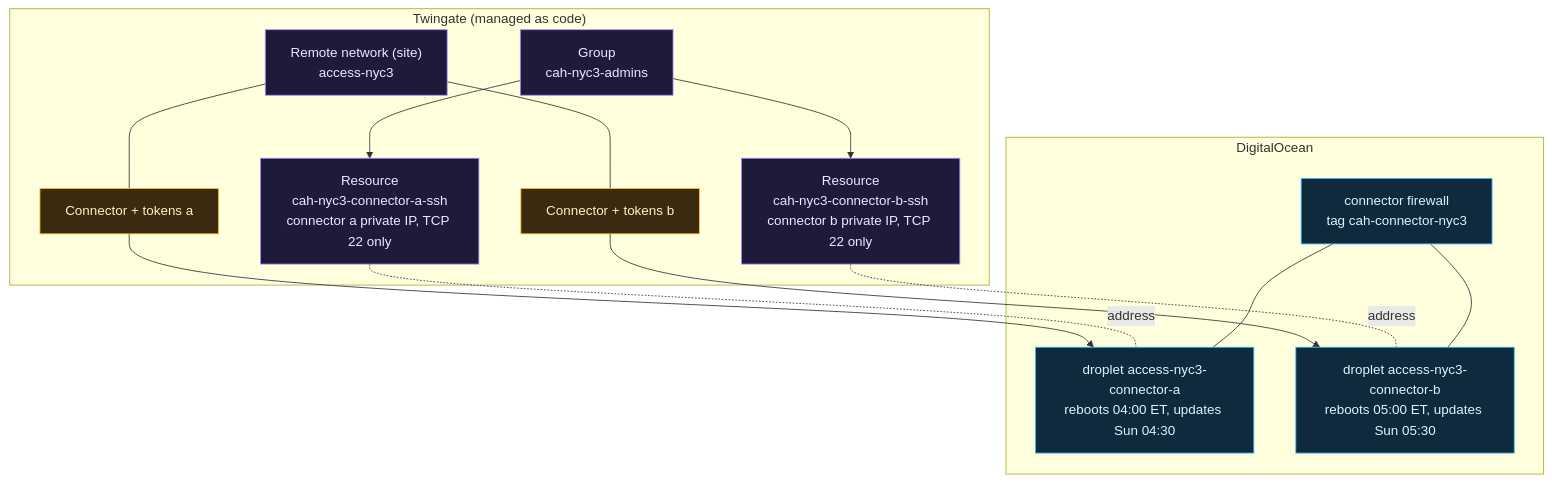
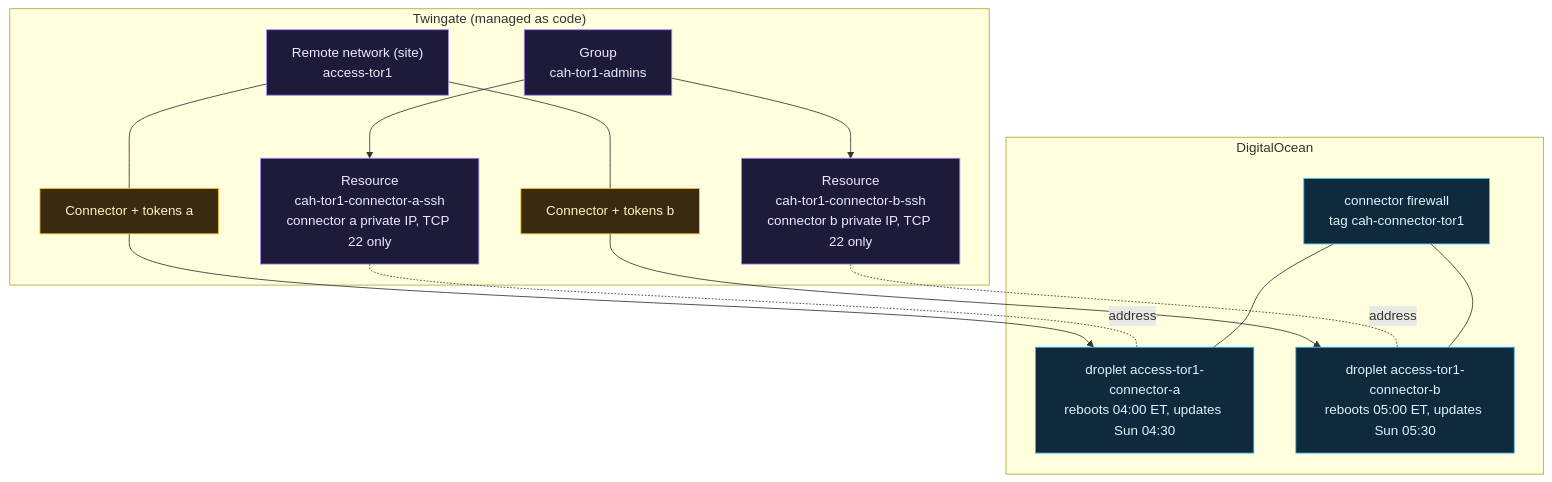
The diagram in docs/wiki/Twingate.md (ChiefGyk3D/Clouds-Against-Humanity), drawn with Mermaid before and after one commit. The commit also changed other lines of this file and 13 other files, not shown here.

````diff
--- a/docs/wiki/Twingate.md
+++ b/docs/wiki/Twingate.md
@@ -18,28 +18,28 @@
 ```mermaid
 flowchart TB
     subgraph tg["Twingate (managed as code)"]
-        site["Remote network (site)<br/>access-nyc3"]:::ctrl
-        grp["Group<br/>cah-nyc3-admins"]:::ctrl
-        ra["Resource<br/>cah-nyc3-connector-a-ssh<br/>connector a private IP, TCP 22 only"]:::ctrl
-        rb["Resource<br/>cah-nyc3-connector-b-ssh<br/>connector b private IP, TCP 22 only"]:::ctrl
+        site["Remote network (site)<br/>access-tor1"]:::ctrl
+        grp["Group<br/>cah-tor1-admins"]:::ctrl
+        ra["Resource<br/>cah-tor1-connector-a-ssh<br/>connector a private IP, TCP 22 only"]:::ctrl
+        rb["Resource<br/>cah-tor1-connector-b-ssh<br/>connector b private IP, TCP 22 only"]:::ctrl
         tka["Connector + tokens a"]:::secret
         tkb["Connector + tokens b"]:::secret
     end
     subgraph doside["DigitalOcean"]
-        da["droplet access-nyc3-connector-a<br/>reboots 04:00 ET, updates Sun 04:30"]:::cloud
-        db["droplet access-nyc3-connector-b<br/>reboots 05:00 ET, updates Sun 05:30"]:::cloud
-        fw["connector firewall<br/>tag cah-connector-nyc3"]:::cloud
+        da["droplet access-tor1-connector-a<br/>reboots 04:00 ET, updates Sun 04:30"]:::cloud
+        db["droplet access-tor1-connector-b<br/>reboots 05:00 ET, updates Sun 05:30"]:::cloud
+        fw["connector firewall<br/>tag cah-connector-tor1"]:::cloud
     end
     site --- tka --> da
     site --- tkb --> db
     grp --> ra
     grp --> rb
     ra -. "address" .- da
     rb -. "address" .- db
     fw --- da
     fw --- db
 
     classDef ctrl fill:#1e1b3a,stroke:#a78bfa,color:#ede9fe
     classDef cloud fill:#0f2a3d,stroke:#38bdf8,color:#e0f2fe
     classDef secret fill:#3a2a0f,stroke:#fbbf24,color:#fef3c7
 ```
````
